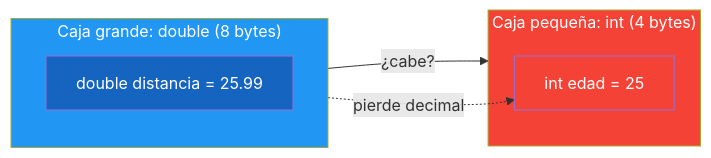
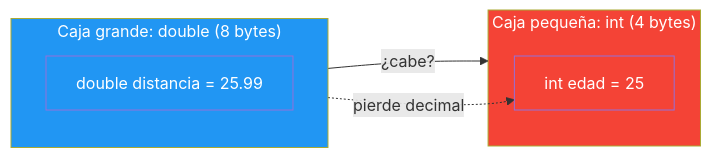
One commit to joseluisgs/Programacion-01-2026-2027 changed the third of 3 diagrams in 08-conversiones-tipo.md. Above: the diagram before and after it, drawn with Mermaid. The commit also changed other lines of this file and 10 other files, not shown here.

````diff
--- a/08-conversiones-tipo.md
+++ b/08-conversiones-tipo.md
@@ -294,16 +294,16 @@
 ```mermaid
 graph LR
     subgraph CAJA_GRAN ["Caja grande: double (8 bytes)"]
         A1["double distancia = 25.99"]
     end
     subgraph CAJA_PEQ ["Caja pequeña: int (4 bytes)"]
         B1["int edad = 25"]
     end
     CAJA_GRAN -->|"¿cabe?"| CAJA_PEQ
     CAJA_GRAN -.->|"pierde decimal"| B1
 
     style CAJA_GRAN fill:#2196F3,color:#fff
     style CAJA_PEQ fill:#f44336,color:#fff
-    style A1 fill:#1565C0,color:#fff
+    style A1 fill:#2196F3,color:#fff
     style B1 fill:#f44336,color:#fff
 ```
````
